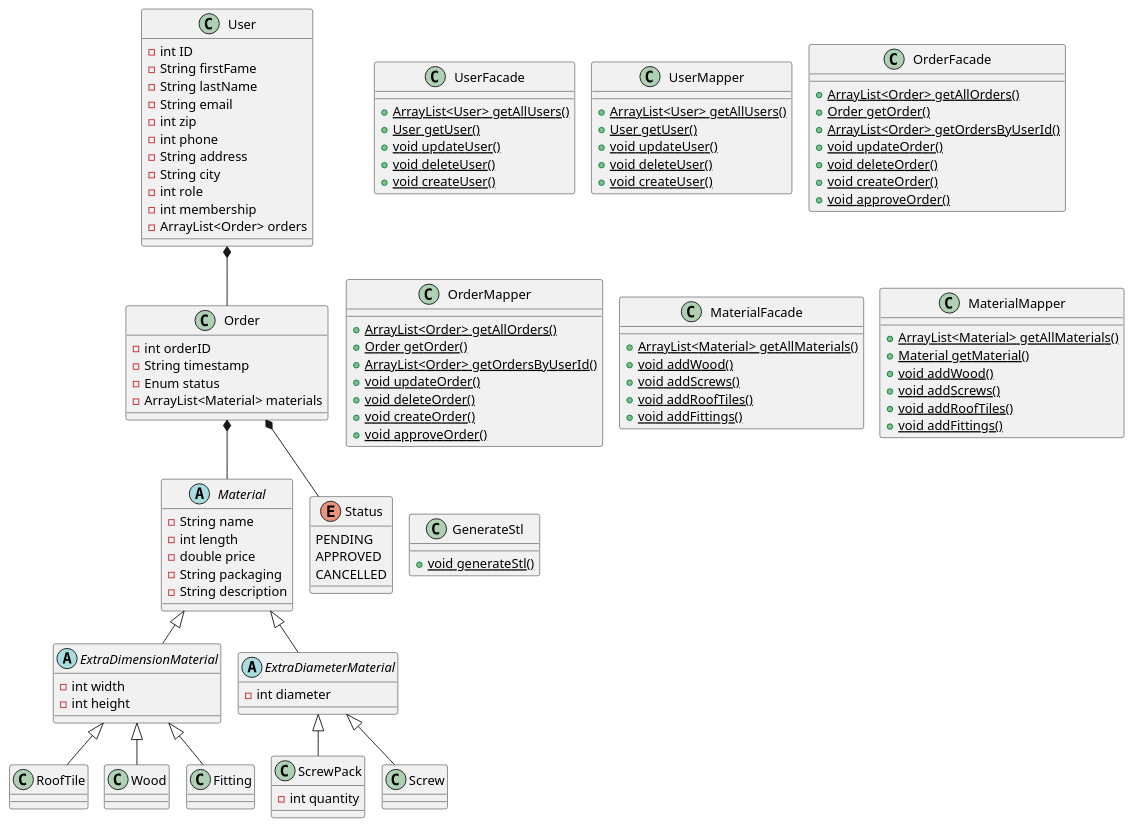
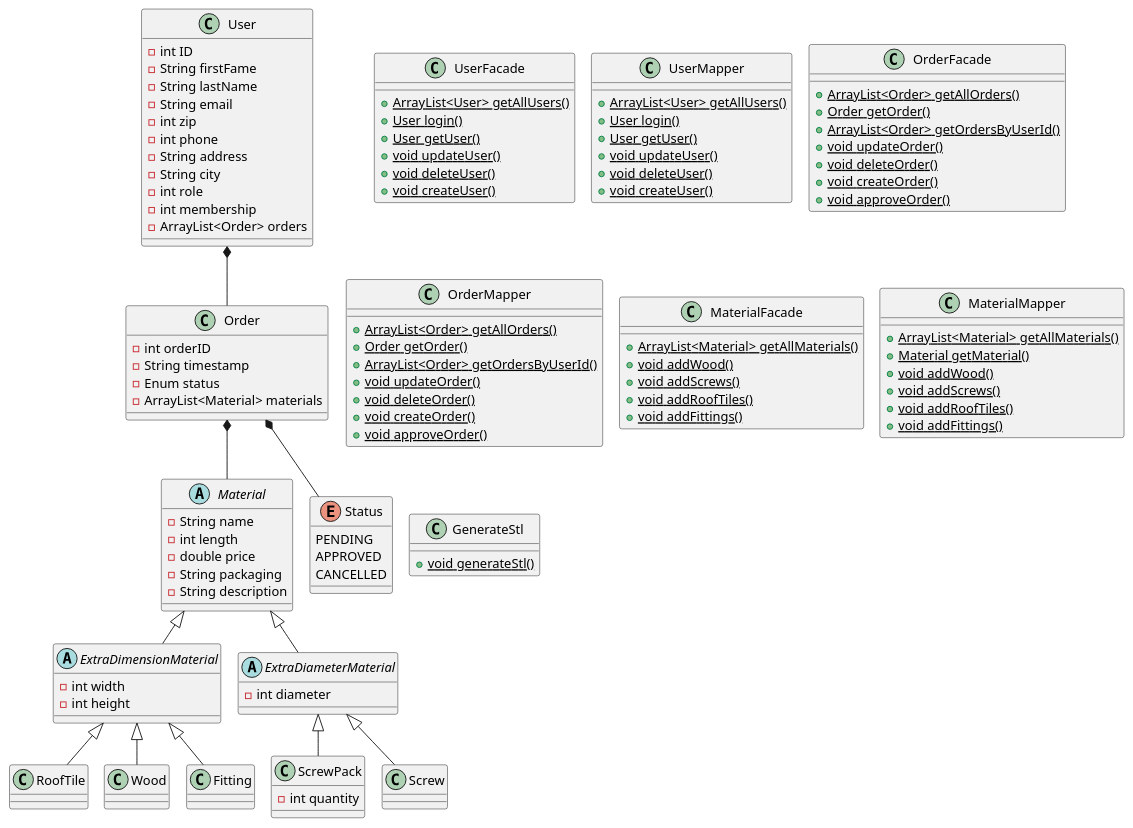
The diagram in documentation/ClassDiagramV3.puml (HeinLarsen/fog-carport), drawn with PlantUML before and after one commit. The commit also changed 10 other files, not shown here.

```diff
--- a/documentation/ClassDiagramV3.puml
+++ b/documentation/ClassDiagramV3.puml
@@ -1,135 +1,137 @@
 @startuml
 'https://plantuml.com/class-diagram
 
 !pragma layout smetana
 
 class User {
 - int ID
 - String firstFame
 - String lastName
 - String email
 - int zip
 - int phone
 - String address
 - String city
 - int role
 - int membership
 - ArrayList<Order> orders
 }
 
 class UserFacade {
 + {static} ArrayList<User> getAllUsers()
++ {static} User login()
 + {static} User getUser()
 + {static} void updateUser()
 + {static} void deleteUser()
 + {static} void createUser()
 }
 
 class UserMapper {
 + {static} ArrayList<User> getAllUsers()
++ {static} User login()
 + {static} User getUser()
 + {static} void updateUser()
 + {static} void deleteUser()
 + {static} void createUser()
 }
 
 class Order {
 - int orderID
 - String timestamp
 - Enum status
 - ArrayList<Material> materials
 }
 
 class OrderFacade {
 + {static} ArrayList<Order> getAllOrders()
 + {static} Order getOrder()
 + {static} ArrayList<Order> getOrdersByUserId()
 + {static} void updateOrder()
 + {static} void deleteOrder()
 + {static} void createOrder()
 + {static} void approveOrder()
 }
 
 class OrderMapper {
 + {static} ArrayList<Order> getAllOrders()
 + {static} Order getOrder()
 + {static} ArrayList<Order> getOrdersByUserId()
 + {static} void updateOrder()
 + {static} void deleteOrder()
 + {static} void createOrder()
 + {static} void approveOrder()
 }
 
 class MaterialFacade {
 + {static} ArrayList<Material> getAllMaterials()
 + {static} void addWood()
 + {static} void addScrews()
 + {static} void addRoofTiles()
 + {static} void addFittings()
 }
 
 class MaterialMapper {
 + {static} ArrayList<Material> getAllMaterials()
 + {static} Material getMaterial()
 + {static} void addWood()
 + {static} void addScrews()
 + {static} void addRoofTiles()
 + {static} void addFittings()
 }
 
 class GenerateStl {
 + {static} void generateStl()
 }
 
 abstract class Material {
 - String name
 - int length
 - double price
 - String packaging
 - String description
 }
 
 abstract class ExtraDimensionMaterial {
 - int width
 - int height
 }
 
 class RoofTile {
 }
 
 class Wood {
 }
 
 class Fitting {
 }
 
 abstract class ExtraDiameterMaterial {
 - int diameter
 }
 
 class ScrewPack {
 - int quantity
 }
 
 class Screw {
 }
 
 Enum Status {
     PENDING
     APPROVED
     CANCELLED
 }
 
 Material <|-- ExtraDimensionMaterial
 ExtraDimensionMaterial <|-- RoofTile
 ExtraDimensionMaterial <|-- Wood
 ExtraDimensionMaterial <|-- Fitting
 Material <|-- ExtraDiameterMaterial
 ExtraDiameterMaterial <|-- ScrewPack
 ExtraDiameterMaterial <|-- Screw
 
 Order *-- Material
 Order *-- Status
 User *-- Order
 
 @enduml
```
